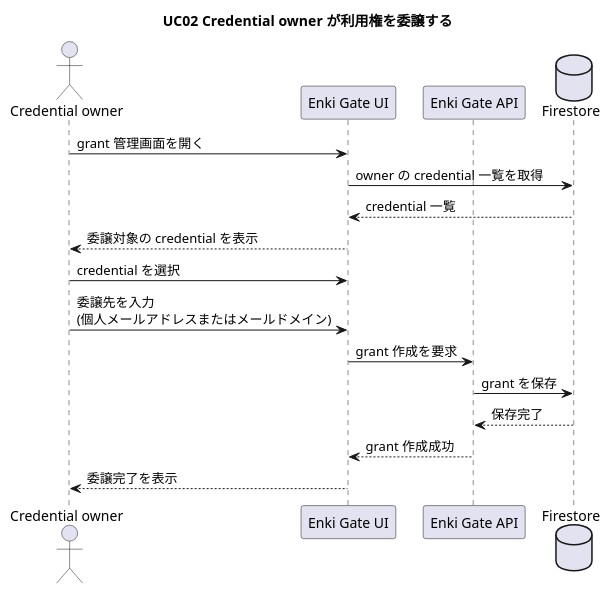
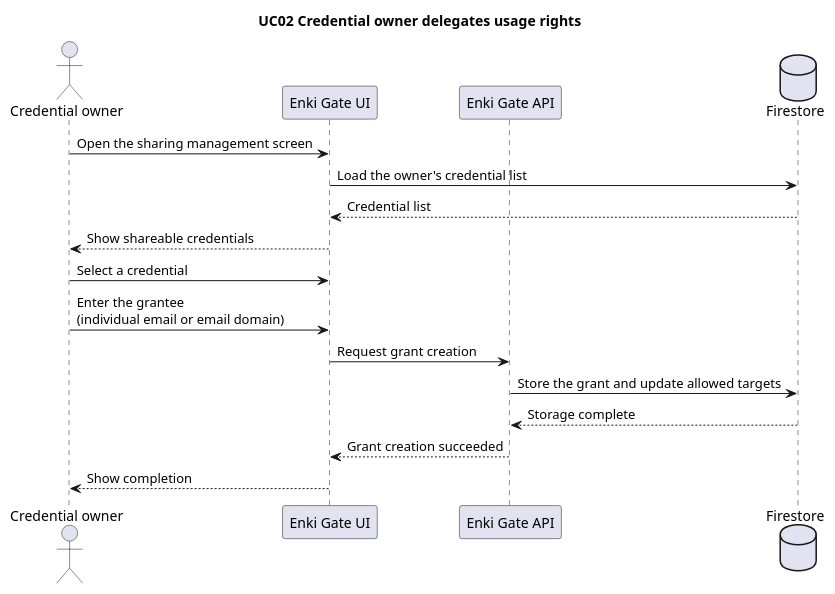
The diagram in docs/diagrams/uc02-grant-access.puml (yacchin1205/enki-gate), drawn with PlantUML before and after one commit. The commit also changed 11 other files, not shown here.

Commit message:
Translate and refresh PlantUML diagrams

```diff
--- a/docs/diagrams/uc02-grant-access.puml
+++ b/docs/diagrams/uc02-grant-access.puml
@@ -1,21 +1,21 @@
 @startuml
-title UC02 Credential owner が利用権を委譲する
+title UC02 Credential owner delegates usage rights
 
 actor "Credential owner" as Owner
 participant "Enki Gate UI" as UI
 participant "Enki Gate API" as API
 database "Firestore" as Firestore
 
-Owner -> UI: grant 管理画面を開く
-UI -> Firestore: owner の credential 一覧を取得
-Firestore --> UI: credential 一覧
-UI --> Owner: 委譲対象の credential を表示
+Owner -> UI: Open the sharing management screen
+UI -> Firestore: Load the owner's credential list
+Firestore --> UI: Credential list
+UI --> Owner: Show shareable credentials
 
-Owner -> UI: credential を選択
-Owner -> UI: 委譲先を入力\n(個人メールアドレスまたはメールドメイン)
-UI -> API: grant 作成を要求
-API -> Firestore: grant を保存
-Firestore --> API: 保存完了
-API --> UI: grant 作成成功
-UI --> Owner: 委譲完了を表示
+Owner -> UI: Select a credential
+Owner -> UI: Enter the grantee\n(individual email or email domain)
+UI -> API: Request grant creation
+API -> Firestore: Store the grant and update allowed targets
+Firestore --> API: Storage complete
+API --> UI: Grant creation succeeded
+UI --> Owner: Show completion
 @enduml
```
